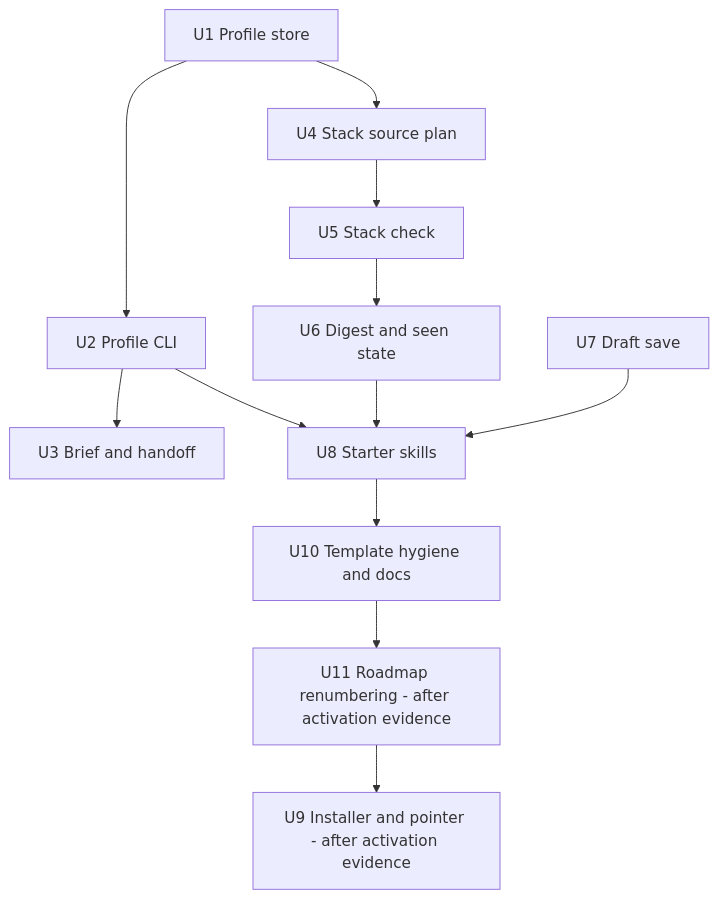
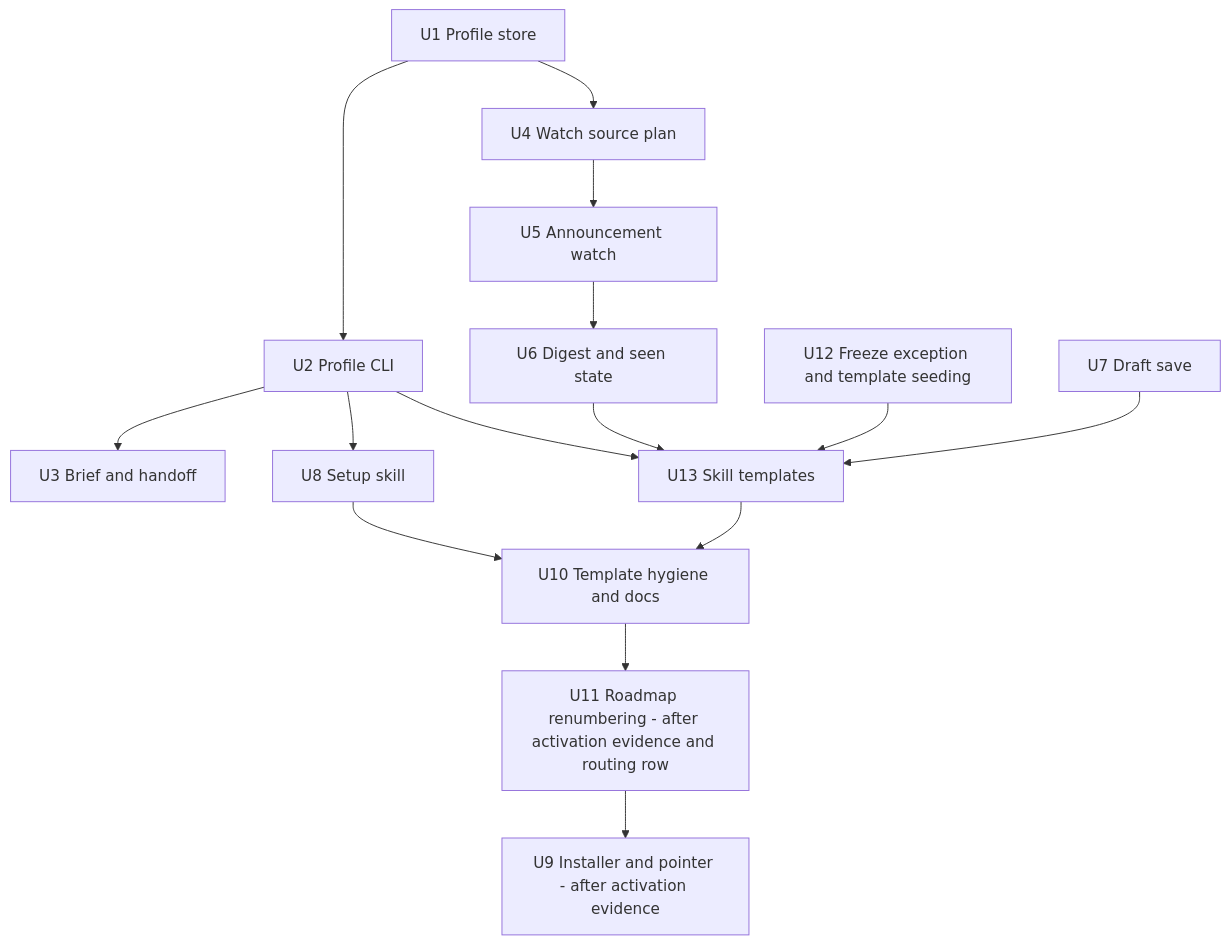
Before and after one commit to sundharesan11/developer-context-kit: the third of 3 diagrams in docs/plans/2026-10-16-001-feat-personal-harness-template-plan.md, drawn with Mermaid. The commit also changed other lines of this file, not shown here.

First line of the commit message:
Apply owner decisions on stack updates, templates and routing

````diff
--- a/docs/plans/2026-10-16-001-feat-personal-harness-template-plan.md
+++ b/docs/plans/2026-10-16-001-feat-personal-harness-template-plan.md
@@ -348,14 +452,17 @@
 ```mermaid
 flowchart TB
   U1[U1 Profile store] --> U2[U2 Profile CLI]
   U2 --> U3[U3 Brief and handoff]
-  U1 --> U4[U4 Stack source plan]
-  U4 --> U5[U5 Stack check]
+  U1 --> U4[U4 Watch source plan]
+  U4 --> U5[U5 Announcement watch]
   U5 --> U6[U6 Digest and seen state]
-  U2 --> U8[U8 Starter skills]
-  U6 --> U8
-  U7[U7 Draft save] --> U8
+  U2 --> U8[U8 Setup skill]
+  U12[U12 Freeze exception and template seeding] --> U13[U13 Skill templates]
+  U6 --> U13
+  U7[U7 Draft save] --> U13
+  U2 --> U13
   U8 --> U10[U10 Template hygiene and docs]
-  U10 --> U11[U11 Roadmap renumbering - after activation evidence]
+  U13 --> U10
+  U10 --> U11[U11 Roadmap renumbering - after activation evidence and routing row]
   U11 --> U9[U9 Installer and pointer - after activation evidence]
 ```
````
